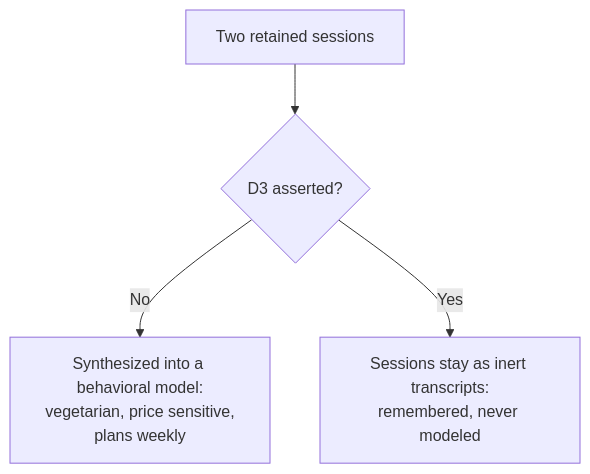
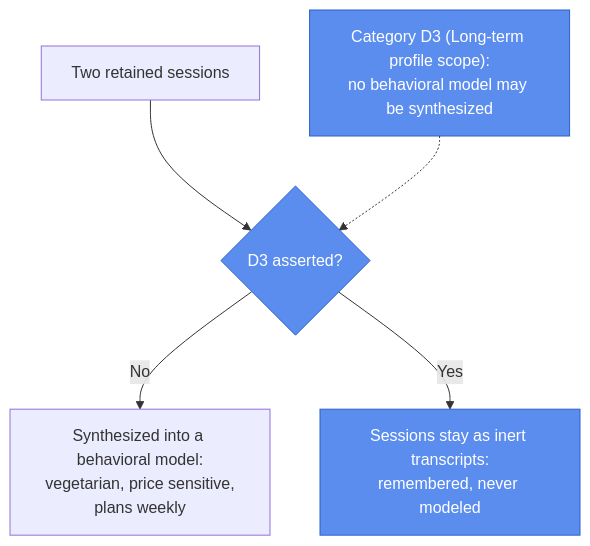
Before and after one commit to privacy-tech-lab/gpc-ai-agents-prototypes: the third of 3 diagrams in prototype-7/README.md, drawn with Mermaid. The commit also changed other lines of this file and 6 other files, not shown here.

````diff
--- a/prototype-7/README.md
+++ b/prototype-7/README.md
@@ -43,6 +51,10 @@
 ```mermaid
 flowchart TD
     archive["Two retained sessions"] --> gate3{"D3 asserted?"}
     gate3 -- "No" --> model["Synthesized into a behavioral model:<br/>vegetarian, price sensitive,<br/>plans weekly"]
     gate3 -- "Yes" --> inert["Sessions stay as inert transcripts:<br/>remembered, never modeled"]
+
+    classDef category fill:#5b8def,stroke:#2f5fce,color:#fff
+    class gate3,inert category
+    D3cat["Category D3 (Long-term profile scope):<br/>no behavioral model may be synthesized"]:::category -.-> gate3
 ```
````
